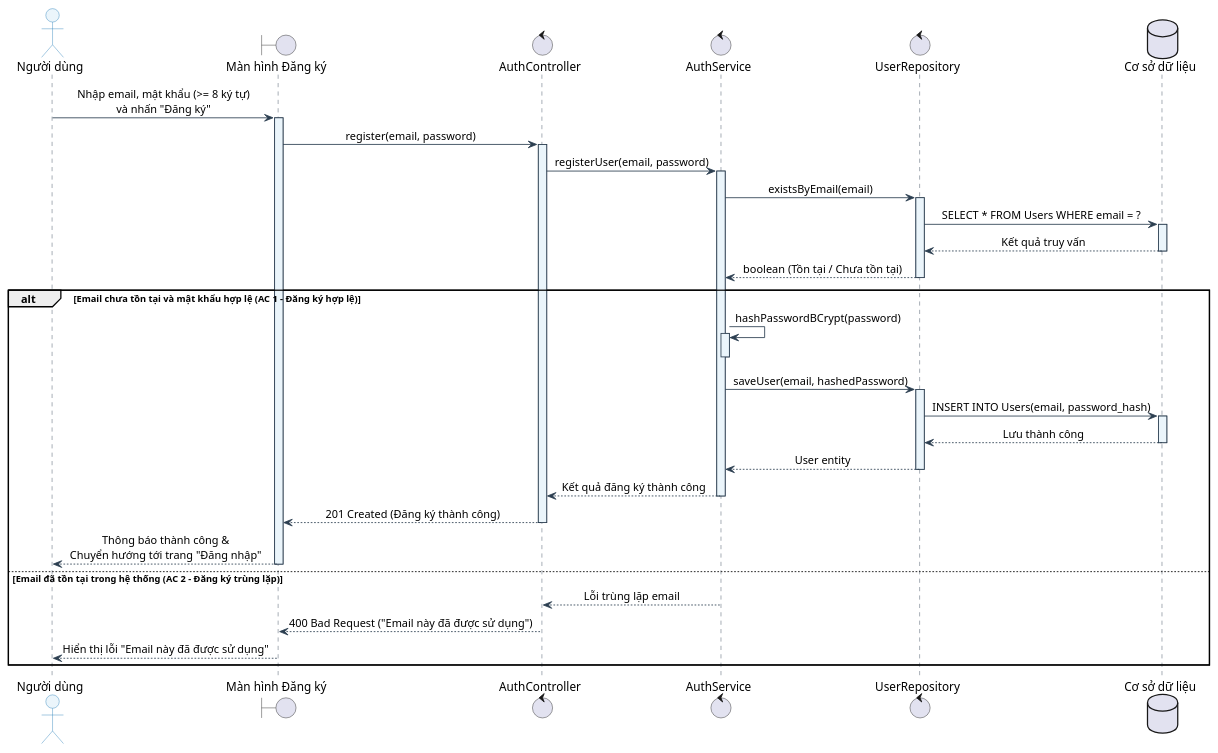
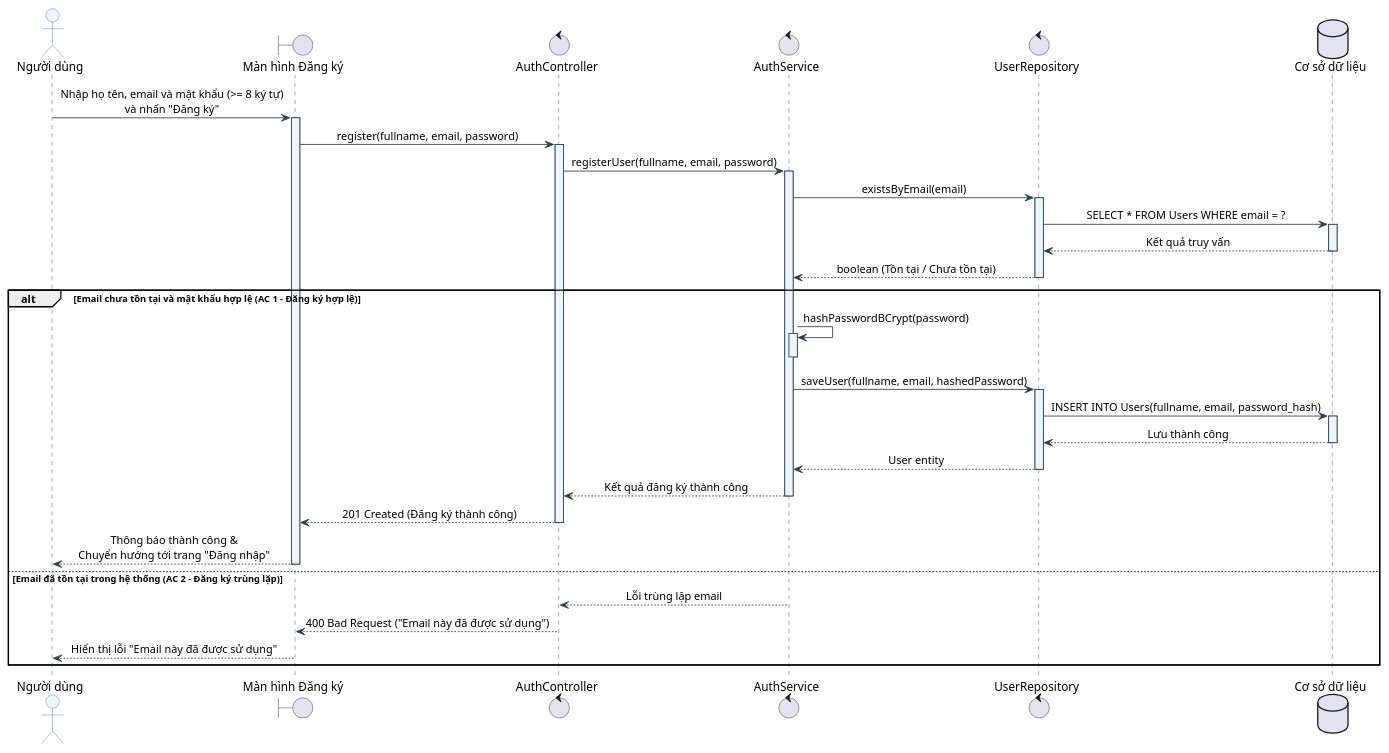
The diagram in docs/diagrams/auth/sequence-auth-register.puml (Phuc280106/BrewLite2), drawn with PlantUML before and after one commit. The commit also changed 5 other files, not shown here.

Commit message:
fix(diagrams && requirements): Bổ xung field họ tên vào các diagram và đặc tả usecase-auth

```diff
--- a/docs/diagrams/auth/sequence-auth-register.puml
+++ b/docs/diagrams/auth/sequence-auth-register.puml
@@ -1,53 +1,53 @@
 @startuml
 
 skinparam backgroundColor white
 skinparam sequence {
     ArrowColor #2C3E50
     LifeLineBorderColor #2C3E50
     LifeLineBorderThickness 1.5
     LifeLineBackgroundColor #EBF5FB
     ParticipantBorderColor #2980B9
     ParticipantBackgroundColor #EBF5FB
     ParticipantFontColor #1B4F72
     ActorBorderColor #2980B9
     ActorBackgroundColor #EBF5FB
     BoxBorderColor #2C3E50
     BoxBackgroundColor #FFFFFF
     MessageAlign center
     ResponseMessageBelowArrow true
 }
 
 autoactivate on
 
 actor "Người dùng" as User
 boundary "Màn hình Đăng ký" as RegisterUI
 control "AuthController" as Controller
 control "AuthService" as Service
 control "UserRepository" as Repo
 database "Cơ sở dữ liệu" as DB
 
-User -> RegisterUI : Nhập email, mật khẩu (>= 8 ký tự)\nvà nhấn "Đăng ký"
-RegisterUI -> Controller : register(email, password)
-Controller -> Service : registerUser(email, password)
+User -> RegisterUI : Nhập họ tên, email và mật khẩu (>= 8 ký tự)\nvà nhấn "Đăng ký"
+RegisterUI -> Controller : register(fullname, email, password)
+Controller -> Service : registerUser(fullname, email, password)
 Service -> Repo : existsByEmail(email)
 Repo -> DB : SELECT * FROM Users WHERE email = ?
 DB --> Repo : Kết quả truy vấn
 Repo --> Service : boolean (Tồn tại / Chưa tồn tại)
 
 alt Email chưa tồn tại và mật khẩu hợp lệ (AC 1 - Đăng ký hợp lệ)
     Service -> Service : hashPasswordBCrypt(password)
     deactivate Service
-    Service -> Repo : saveUser(email, hashedPassword)
-    Repo -> DB : INSERT INTO Users(email, password_hash)
+    Service -> Repo : saveUser(fullname, email, hashedPassword)
+    Repo -> DB : INSERT INTO Users(fullname, email, password_hash)
     DB --> Repo : Lưu thành công
     Repo --> Service : User entity
     Service --> Controller : Kết quả đăng ký thành công
     Controller --> RegisterUI : 201 Created (Đăng ký thành công)
     RegisterUI --> User : Thông báo thành công &\nChuyển hướng tới trang "Đăng nhập"
 else Email đã tồn tại trong hệ thống (AC 2 - Đăng ký trùng lặp)
     Service --> Controller : Lỗi trùng lặp email
     Controller --> RegisterUI : 400 Bad Request ("Email này đã được sử dụng")
     RegisterUI --> User : Hiển thị lỗi "Email này đã được sử dụng"
 end
 
 @enduml
```
